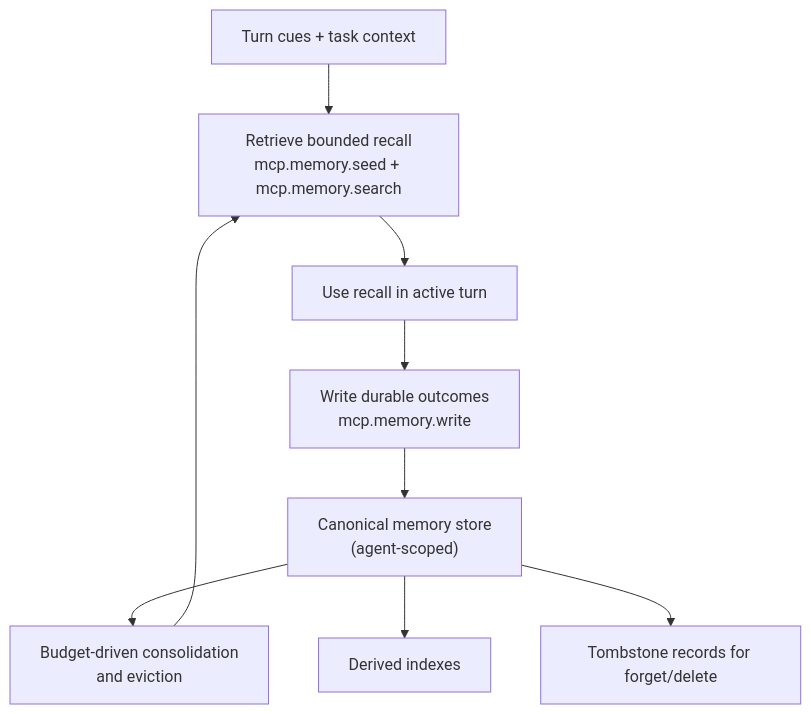
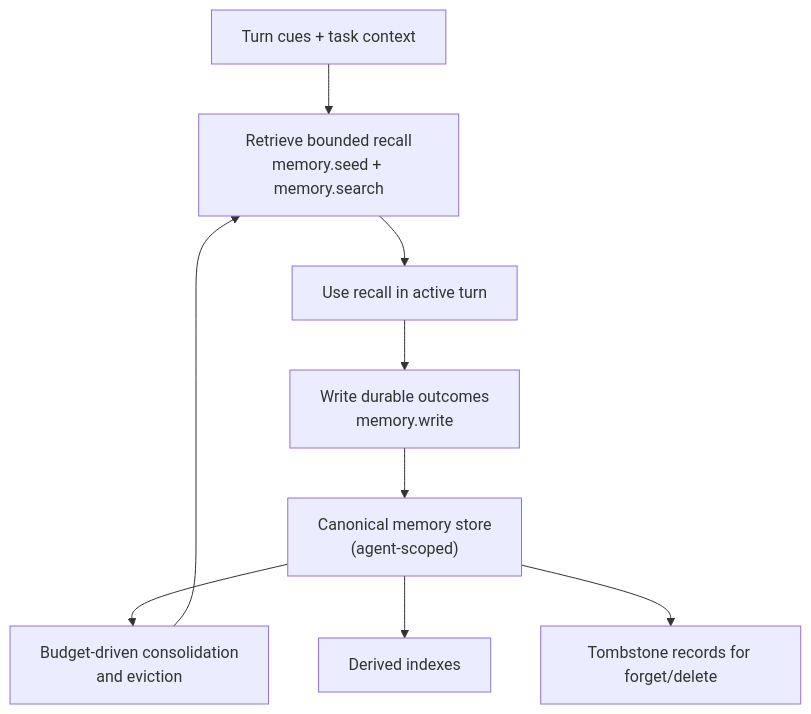
One commit to tyrumai/tyrum changed the diagram in docs/architecture/agent/memory/index.md. Above: the diagram before and after it, drawn with Mermaid. The commit also changed other lines of this file and 12 other files, not shown here.

````diff
--- a/docs/architecture/agent/memory/index.md
+++ b/docs/architecture/agent/memory/index.md
@@ -15,12 +15,12 @@
 ```mermaid
 flowchart TB
-  Cue["Turn cues + task context"] --> Retrieve["Retrieve bounded recall<br/>mcp.memory.seed + mcp.memory.search"]
+  Cue["Turn cues + task context"] --> Retrieve["Retrieve bounded recall<br/>memory.seed + memory.search"]
   Retrieve --> Use["Use recall in active turn"]
-  Use --> Write["Write durable outcomes<br/>mcp.memory.write"]
+  Use --> Write["Write durable outcomes<br/>memory.write"]
   Write --> Store["Canonical memory store<br/>(agent-scoped)"]
   Store --> Consolidate["Budget-driven consolidation<br/>and eviction"]
   Consolidate --> Retrieve
 
   Store --> Index["Derived indexes"]
   Store --> Tombstone["Tombstone records for forget/delete"]
 ```
````
